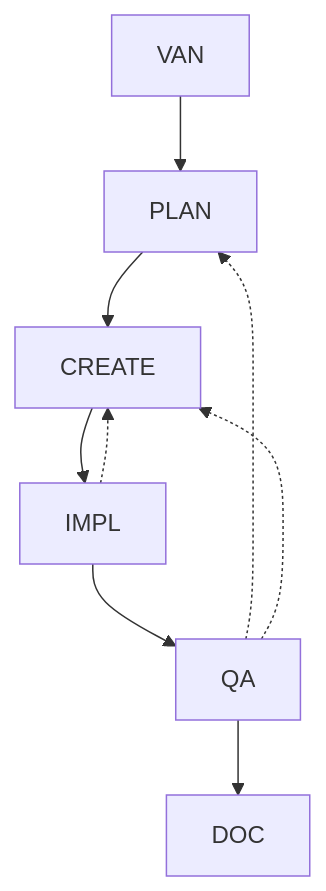
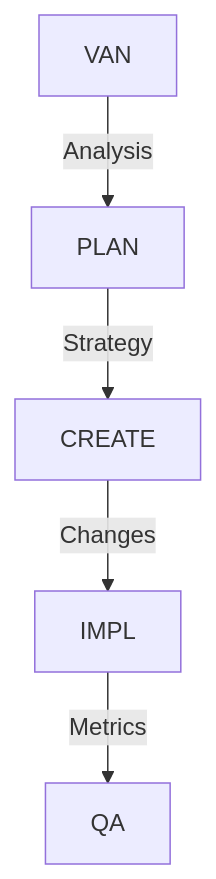
One commit to igor2000xp/my-form-reg-db changed the fourth of 9 diagrams in AGENTS.md. Above: the diagram before and after it, drawn with Mermaid. The commit also changed other lines of this file and 2 other files, not shown here.

````diff
--- a/AGENTS.md
+++ b/AGENTS.md
@@ -156,12 +284,7 @@
    ```mermaid
    graph TD
-       VAN --> PLAN
-       PLAN --> CREATE
-       CREATE --> IMPL
-       IMPL --> QA
-       QA --> DOC
-       
-       QA -.-> PLAN
-       QA -.-> CREATE
-       IMPL -.-> CREATE
+       VAN --> |Analysis| PLAN
+       PLAN --> |Strategy| CREATE
+       CREATE --> |Changes| IMPL
+       IMPL --> |Metrics| QA
    ```
````
